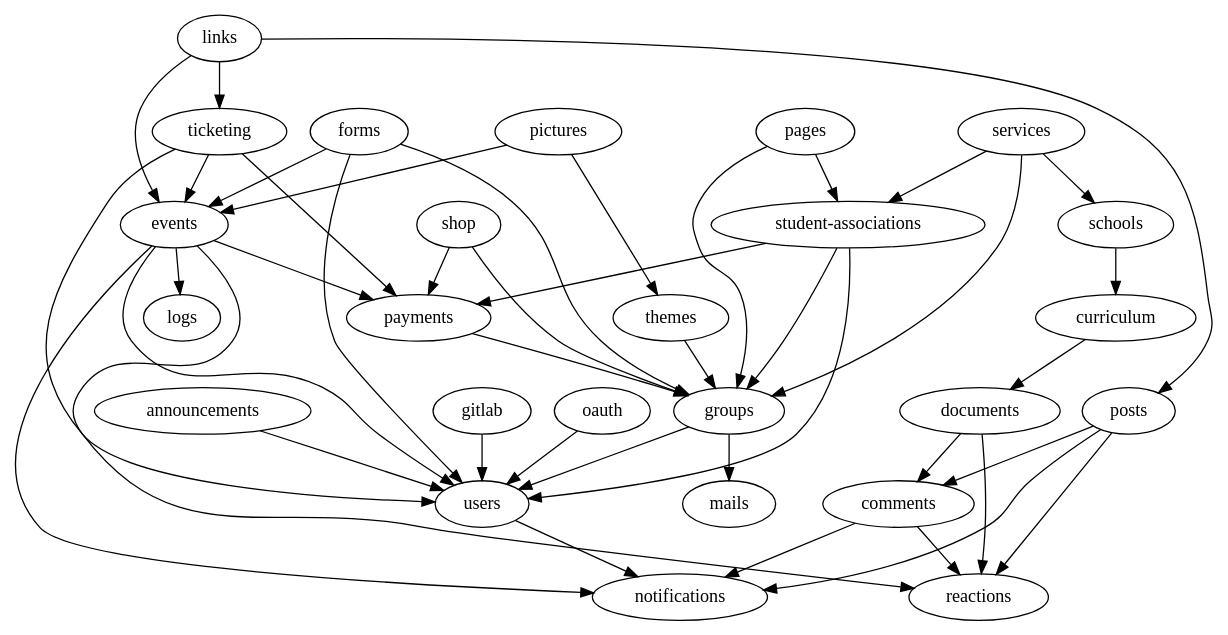
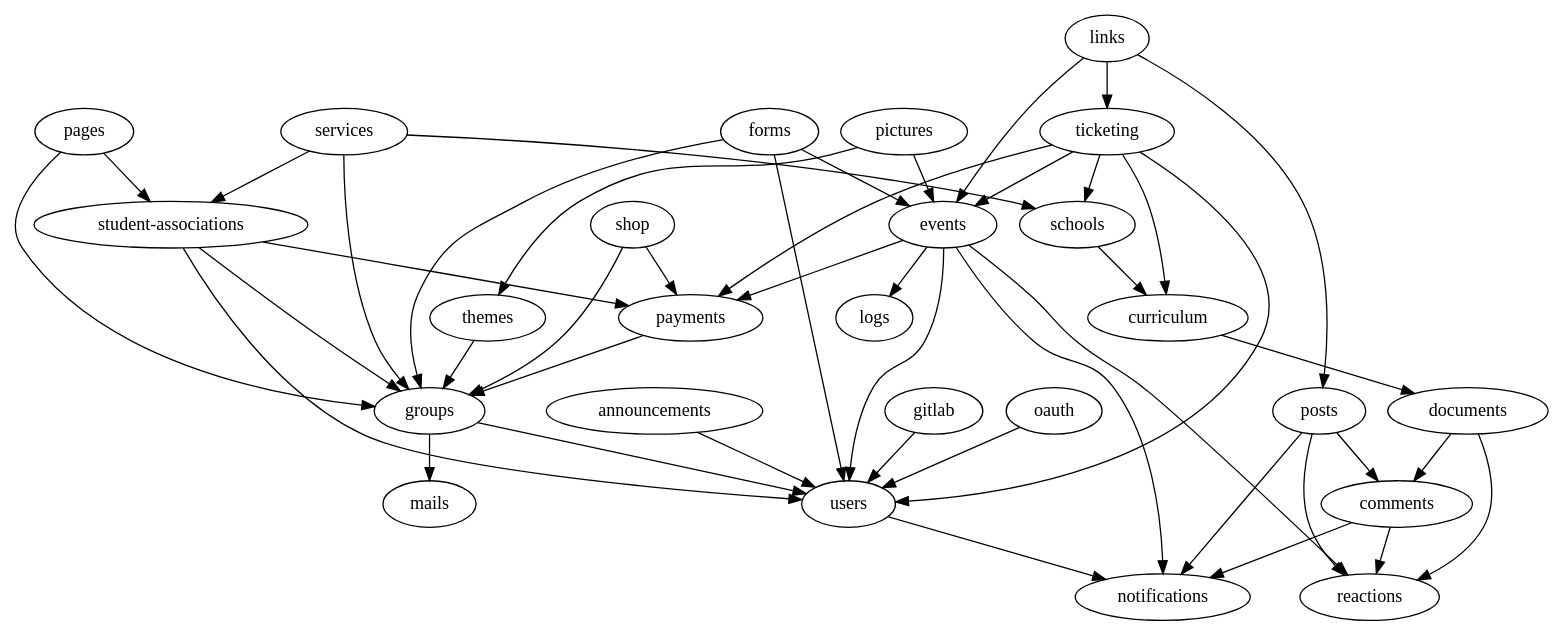
One commit to inp-net/churros changed the diagram in packages/api/scripts/modules-import-graph.dot. Above: the diagram before and after it, drawn with Graphviz. The commit also changed 67 other files, not shown here.

```diff
--- a/packages/api/scripts/modules-import-graph.dot
+++ b/packages/api/scripts/modules-import-graph.dot
@@ -1,45 +1,47 @@
 strict digraph ImportGraph {
     "announcements" -> "users";
     "comments" -> "notifications";
     "comments" -> "reactions";
     "curriculum" -> "documents";
     "documents" -> "comments";
     "documents" -> "reactions";
     "events" -> "logs";
     "events" -> "notifications";
     "events" -> "payments";
     "events" -> "reactions";
     "events" -> "users";
     "forms" -> "events";
     "forms" -> "groups";
     "forms" -> "users";
     "gitlab" -> "users";
     "groups" -> "mails";
     "groups" -> "users";
     "links" -> "events";
     "links" -> "posts";
     "links" -> "ticketing";
     "oauth" -> "users";
     "pages" -> "groups";
     "pages" -> "student-associations";
     "payments" -> "groups";
     "pictures" -> "events";
     "pictures" -> "themes";
     "posts" -> "comments";
     "posts" -> "notifications";
     "posts" -> "reactions";
     "schools" -> "curriculum";
     "services" -> "groups";
     "services" -> "schools";
     "services" -> "student-associations";
     "shop" -> "groups";
     "shop" -> "payments";
     "student-associations" -> "groups";
     "student-associations" -> "payments";
     "student-associations" -> "users";
     "themes" -> "groups";
+    "ticketing" -> "curriculum";
     "ticketing" -> "events";
     "ticketing" -> "payments";
+    "ticketing" -> "schools";
     "ticketing" -> "users";
     "users" -> "notifications";
 }
```
